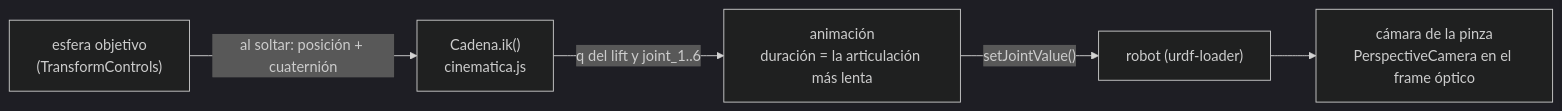
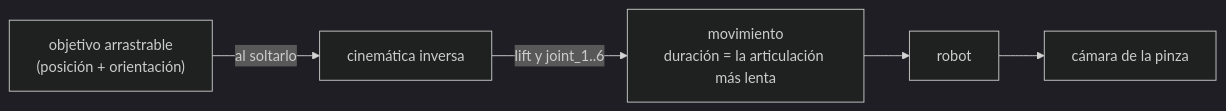
The second of 2 diagrams in docs/escena_web/README.md (Ivan1721/milo_ws), drawn with Mermaid (dark theme) before and after one commit. The commit also changed other lines of this file and 13 other files, not shown here.

````diff
--- a/docs/escena_web/README.md
+++ b/docs/escena_web/README.md
@@ -202,7 +176,7 @@
 ```mermaid
 flowchart LR
-  OBJ["esfera objetivo<br/>(TransformControls)"] -- "al soltar: posición + cuaternión" --> IK["Cadena.ik()<br/>cinematica.js"]
-  IK -- "q del lift y joint_1..6" --> ANI["animación<br/>duración = la articulación más lenta"]
-  ANI -- "setJointValue()" --> ROB["robot (urdf-loader)"]
-  ROB --> CAMV["cámara de la pinza<br/>PerspectiveCamera en el frame óptico"]
+  OBJ["objetivo arrastrable<br/>(posición + orientación)"] -- "al soltarlo" --> IK["cinemática inversa"]
+  IK -- "lift y joint_1..6" --> ANI["movimiento<br/>duración = la articulación más lenta"]
+  ANI --> ROB["robot"]
+  ROB --> CAMV["cámara de la pinza"]
 ```
````
